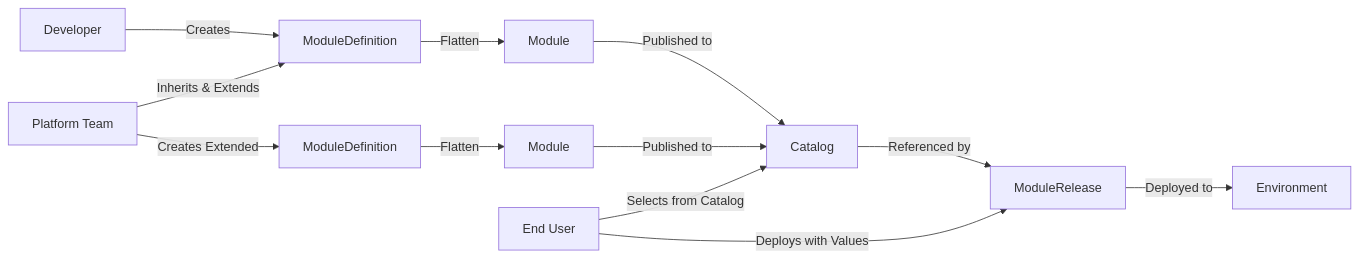
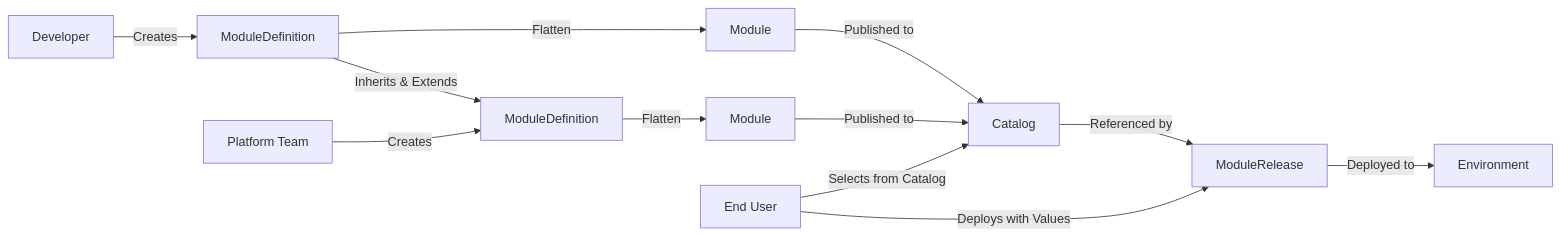
The second of 2 diagrams in docs/architecture.md (open-platform-model/opm), drawn with Mermaid before and after one commit. The commit also changed other lines of this file and 1 other file, not shown here.

````diff
--- a/docs/architecture.md
+++ b/docs/architecture.md
@@ -267,14 +277,15 @@
 ```mermaid
 graph LR
     DEV[Developer] -->|Creates| MD1[ModuleDefinition]
-    PLT[Platform Team] -->|Inherits & Extends| MD1
-    PLT -->|Creates Extended| MD2[ModuleDefinition]
+    MD1 -->|Inherits & Extends| MD2
+    PLT[Platform Team] 
+    PLT -->|Creates| MD2[ModuleDefinition]
     MD1 -->|Flatten| MOD1[Module]
     MD2 -->|Flatten| MOD2[Module]
     MOD1 -->|Published to| CAT[Catalog]
     MOD2 -->|Published to| CAT
     USR[End User] -->|Selects from Catalog| CAT
     CAT -->|Referenced by| MR[ModuleRelease]
     USR -->|Deploys with Values| MR
     MR -->|Deployed to| ENV[Environment]
 ```
````
